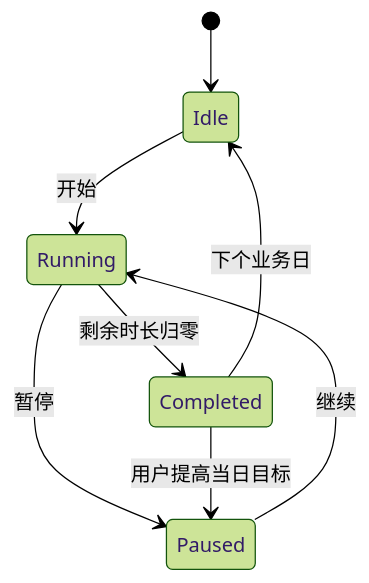
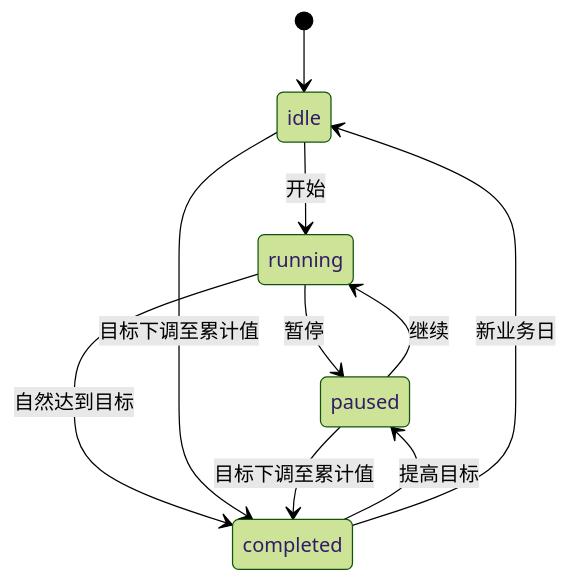
One commit to SCPZ24/Peeker changed the first of 2 diagrams in docs/functions/timer.md. Above: the diagram before and after it, drawn with Mermaid (forest theme). The commit also changed other lines of this file and 11 other files, not shown here.

````diff
--- a/docs/functions/timer.md
+++ b/docs/functions/timer.md
@@ -75,10 +52,12 @@
 ```mermaid
 stateDiagram-v2
-    [*] --> Idle
-    Idle --> Running: 开始
-    Running --> Paused: 暂停
-    Paused --> Running: 继续
-    Running --> Completed: 剩余时长归零
-    Completed --> Idle: 下个业务日
-    Completed --> Paused: 用户提高当日目标
+    [*] --> idle
+    idle --> running: 开始
+    running --> paused: 暂停
+    paused --> running: 继续
+    running --> completed: 自然达到目标
+    idle --> completed: 目标下调至累计值
+    paused --> completed: 目标下调至累计值
+    completed --> paused: 提高目标
+    completed --> idle: 新业务日
 ```
````
